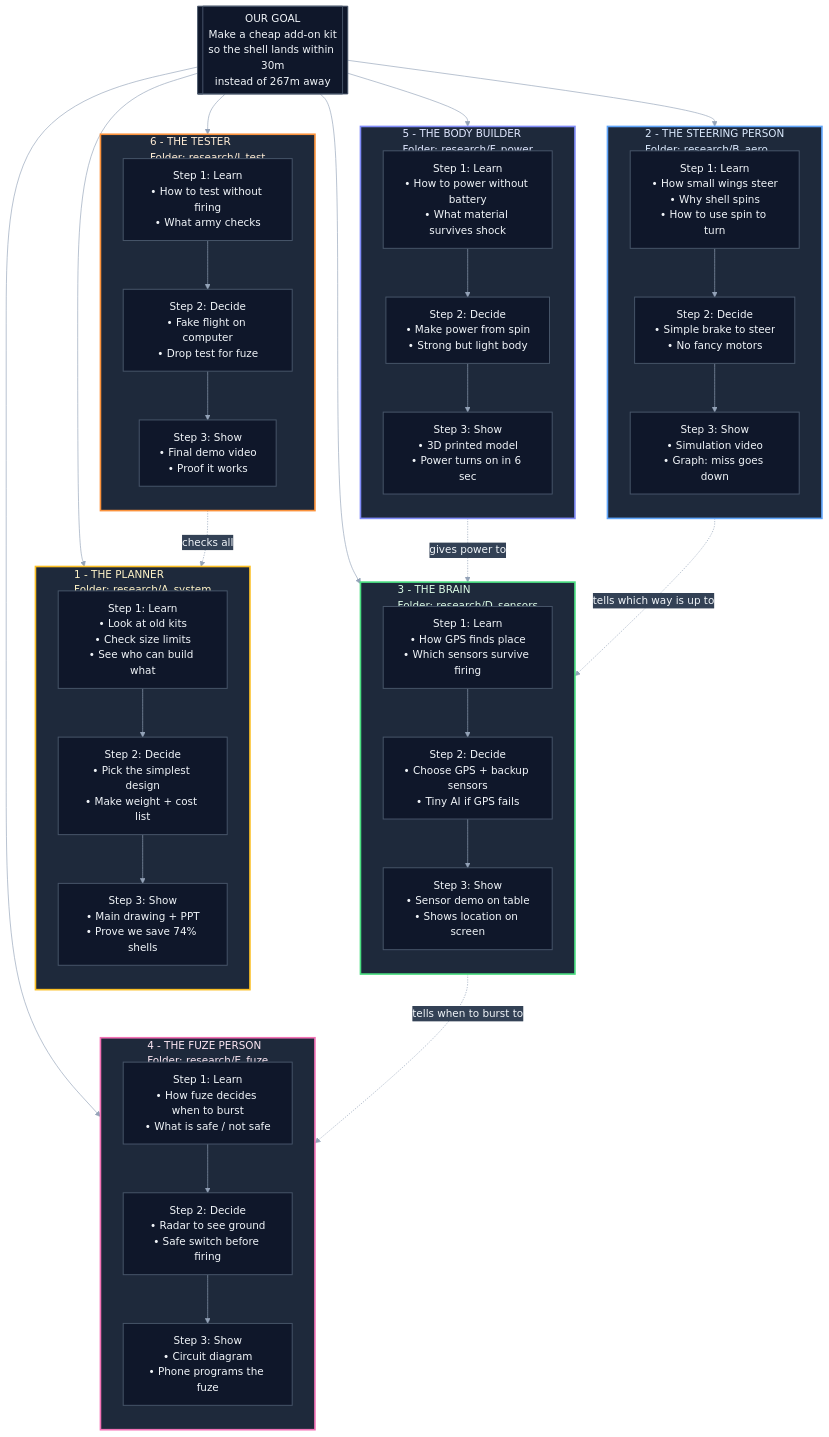
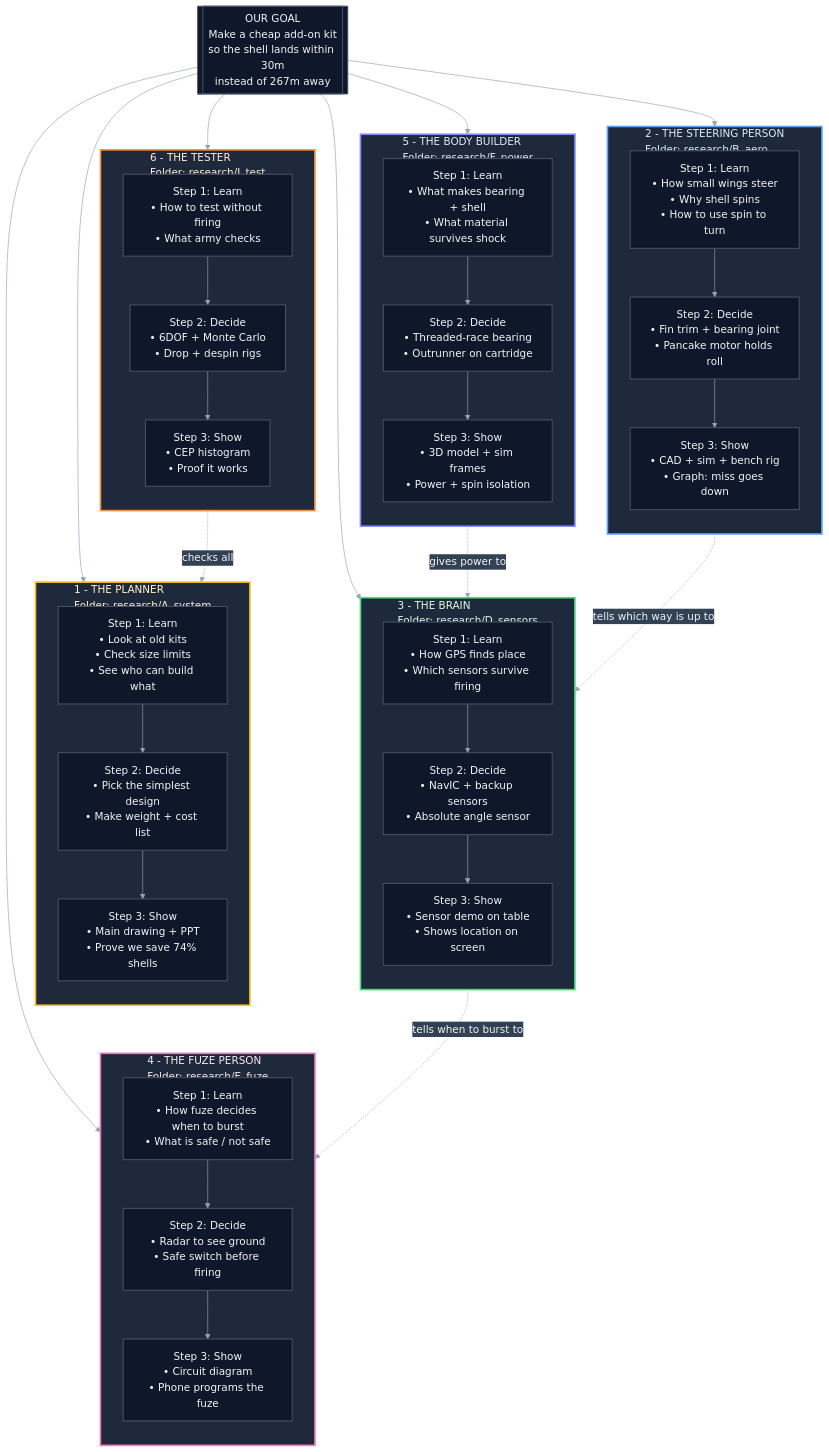
Before and after one commit to jagathsrujan/sih26098-pgk-bharat: the diagram in README.md, drawn with Mermaid. The commit also changed other lines of this file, not shown here.

Commit message:
docs(readme): refresh for clean-sheet design of record (Rev 1.1) — three-frame architecture, Assembly+Simulation, updated CAD/bench tracks

````diff
--- a/README.md
+++ b/README.md
@@ -24,76 +61,76 @@
 ```mermaid
 %%{init: {'theme':'base', 'themeVariables': {'primaryColor':'#1e293b','primaryTextColor':'#f1f5f9','primaryBorderColor':'#475569','lineColor':'#94a3b8','secondaryColor':'#334155','tertiaryColor':'#0f172a','fontSize':'16px'}}}%%
 flowchart TD
     GOAL[[OUR GOAL<br>Make a cheap add-on kit<br>so the shell lands within 30m<br>instead of 267m away]]
 
     subgraph M1 ["1 - THE PLANNER<br>Folder: research/A_system"]
         direction TB
         M1_R["Step 1: Learn<br>• Look at old kits<br>• Check size limits<br>• See who can build what"]
         M1_C["Step 2: Decide<br>• Pick the simplest design<br>• Make weight + cost list"]
         M1_D["Step 3: Show<br>• Main drawing + PPT<br>• Prove we save 74% shells"]
         M1_R --> M1_C --> M1_D
     end
 
     subgraph M2 ["2 - THE STEERING PERSON<br>Folder: research/B_aero"]
         direction TB
         M2_R["Step 1: Learn<br>• How small wings steer<br>• Why shell spins<br>• How to use spin to turn"]
-        M2_C["Step 2: Decide<br>• Simple brake to steer<br>• No fancy motors"]
-        M2_D["Step 3: Show<br>• Simulation video<br>• Graph: miss goes down"]
+        M2_C["Step 2: Decide<br>• Fin trim + bearing joint<br>• Pancake motor holds roll"]
+        M2_D["Step 3: Show<br>• CAD + sim + bench rig<br>• Graph: miss goes down"]
         M2_R --> M2_C --> M2_D
     end
 
     subgraph M3 ["3 - THE BRAIN<br>Folder: research/D_sensors"]
         direction TB
         M3_R["Step 1: Learn<br>• How GPS finds place<br>• Which sensors survive firing"]
-        M3_C["Step 2: Decide<br>• Choose GPS + backup sensors<br>• Tiny AI if GPS fails"]
+        M3_C["Step 2: Decide<br>• NavIC + backup sensors<br>• Absolute angle sensor"]
         M3_D["Step 3: Show<br>• Sensor demo on table<br>• Shows location on screen"]
         M3_R --> M3_C --> M3_D
     end
 
     subgraph M4 ["4 - THE FUZE PERSON<br>Folder: research/E_fuze"]
         direction TB
         M4_R["Step 1: Learn<br>• How fuze decides when to burst<br>• What is safe / not safe"]
         M4_C["Step 2: Decide<br>• Radar to see ground<br>• Safe switch before firing"]
         M4_D["Step 3: Show<br>• Circuit diagram<br>• Phone programs the fuze"]
         M4_R --> M4_C --> M4_D
     end
 
     subgraph M5 ["5 - THE BODY BUILDER<br>Folder: research/F_power"]
         direction TB
-        M5_R["Step 1: Learn<br>• How to power without battery<br>• What material survives shock"]
-        M5_C["Step 2: Decide<br>• Make power from spin<br>• Strong but light body"]
-        M5_D["Step 3: Show<br>• 3D printed model<br>• Power turns on in 6 sec"]
+        M5_R["Step 1: Learn<br>• What makes bearing + shell<br>• What material survives shock"]
+        M5_C["Step 2: Decide<br>• Threaded-race bearing<br>• Outrunner on cartridge"]
+        M5_D["Step 3: Show<br>• 3D model + sim frames<br>• Power + spin isolation"]
         M5_R --> M5_C --> M5_D
     end
 
     subgraph M6 ["6 - THE TESTER<br>Folder: research/I_test"]
         direction TB
         M6_R["Step 1: Learn<br>• How to test without firing<br>• What army checks"]
-        M6_C["Step 2: Decide<br>• Fake flight on computer<br>• Drop test for fuze"]
-        M6_D["Step 3: Show<br>• Final demo video<br>• Proof it works"]
+        M6_C["Step 2: Decide<br>• 6DOF + Monte Carlo<br>• Drop + despin rigs"]
+        M6_D["Step 3: Show<br>• CEP histogram<br>• Proof it works"]
         M6_R --> M6_C --> M6_D
     end
 
     GOAL --> M1 & M2 & M3 & M4 & M5 & M6
 
     M5_D -. gives power to .-> M3
     M2_D -. tells which way is up to .-> M3
     M3_D -. tells when to burst to .-> M4
     M6_D -. checks all .-> M1
 
     classDef lead fill:#1e293b,stroke:#fbbf24,stroke-width:2.5px,color:#fef3c7
     classDef aero fill:#1e293b,stroke:#60a5fa,stroke-width:2.5px,color:#dbeafe
     classDef emb fill:#1e293b,stroke:#4ade80,stroke-width:2.5px,color:#dcfce7
     classDef rf fill:#1e293b,stroke:#f472b6,stroke-width:2.5px,color:#fce7f3
     classDef str fill:#1e293b,stroke:#818cf8,stroke-width:2.5px,color:#e0e7ff
     classDef sim fill:#1e293b,stroke:#fb923c,stroke-width:2.5px,color:#ffedd5
     classDef darkNode fill:#0f172a,stroke:#475569,stroke-width:1.5px,color:#f1f5f9
 
     class M1 lead
     class M2 aero
     class M3 emb
     class M4 rf
     class M5 str
     class M6 sim
     class M1_R,M1_C,M1_D,M2_R,M2_C,M2_D,M3_R,M3_C,M3_D,M4_R,M4_C,M4_D,M5_R,M5_C,M5_D,M6_R,M6_C,M6_D,GOAL darkNode
 ```
````
